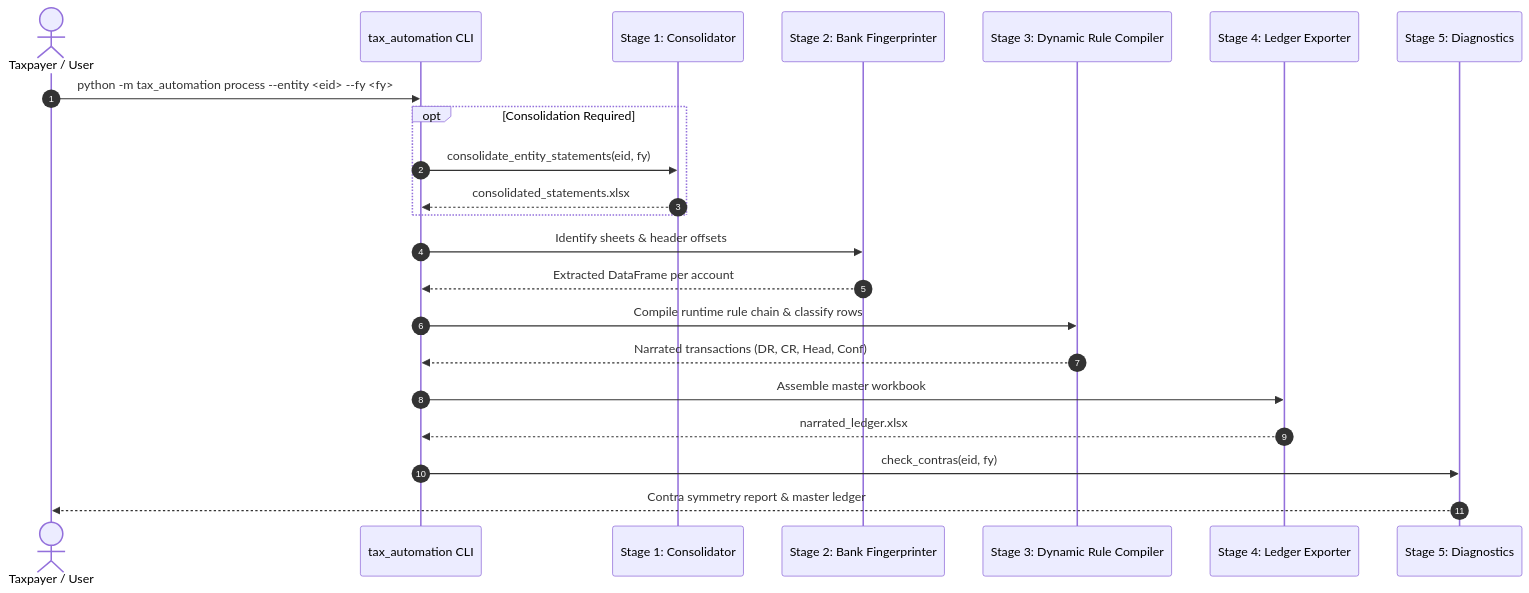
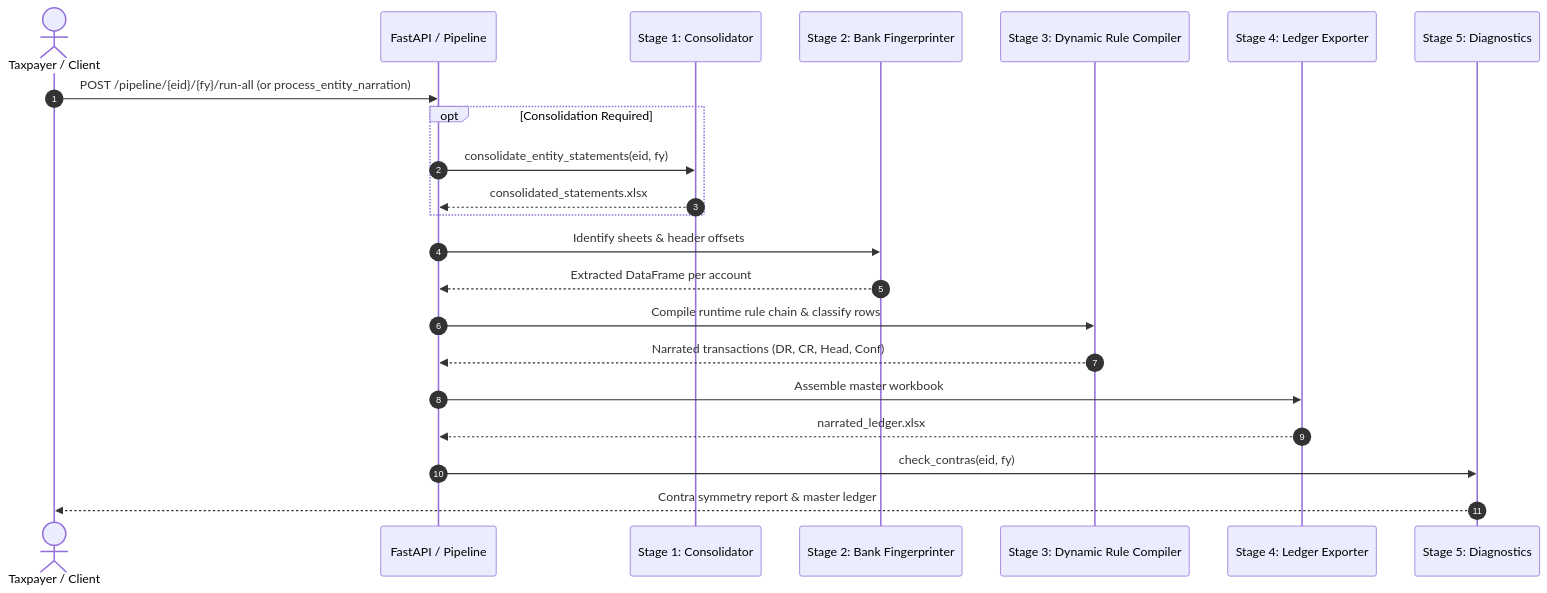
One commit to Aayush4396/tax-automation changed the second of 6 diagrams in docs/TECHNICAL_DOCUMENTATION.md. Above: the diagram before and after it, drawn with Mermaid. The commit also changed other lines of this file and 7 other files, not shown here.

Commit message:
docs: synchronize README, architecture docs, workflows, and skills with FastAPI REST service and updated test suite

````diff
--- a/docs/TECHNICAL_DOCUMENTATION.md
+++ b/docs/TECHNICAL_DOCUMENTATION.md
@@ -63,30 +64,30 @@
 ```mermaid
 sequenceDiagram
     autonumber
-    actor User as Taxpayer / User
-    participant CLI as tax_automation CLI
+    actor User as Taxpayer / Client
+    participant API as FastAPI / Pipeline
     participant Stage1 as Stage 1: Consolidator
     participant Stage2 as Stage 2: Bank Fingerprinter
     participant Stage3 as Stage 3: Dynamic Rule Compiler
     participant Stage4 as Stage 4: Ledger Exporter
     participant Stage5 as Stage 5: Diagnostics
 
-    User->>CLI: python -m tax_automation process --entity <eid> --fy <fy>
+    User->>API: POST /pipeline/{eid}/{fy}/run-all (or process_entity_narration)
     
     opt Consolidation Required
-        CLI->>Stage1: consolidate_entity_statements(eid, fy)
-        Stage1-->>CLI: consolidated_statements.xlsx
+        API->>Stage1: consolidate_entity_statements(eid, fy)
+        Stage1-->>API: consolidated_statements.xlsx
     end
     
-    CLI->>Stage2: Identify sheets & header offsets
-    Stage2-->>CLI: Extracted DataFrame per account
+    API->>Stage2: Identify sheets & header offsets
+    Stage2-->>API: Extracted DataFrame per account
     
-    CLI->>Stage3: Compile runtime rule chain & classify rows
-    Stage3-->>CLI: Narrated transactions (DR, CR, Head, Conf)
+    API->>Stage3: Compile runtime rule chain & classify rows
+    Stage3-->>API: Narrated transactions (DR, CR, Head, Conf)
     
-    CLI->>Stage4: Assemble master workbook
-    Stage4-->>CLI: narrated_ledger.xlsx
+    API->>Stage4: Assemble master workbook
+    Stage4-->>API: narrated_ledger.xlsx
     
-    CLI->>Stage5: check_contras(eid, fy)
+    API->>Stage5: check_contras(eid, fy)
     Stage5-->>User: Contra symmetry report & master ledger
 ```
````
